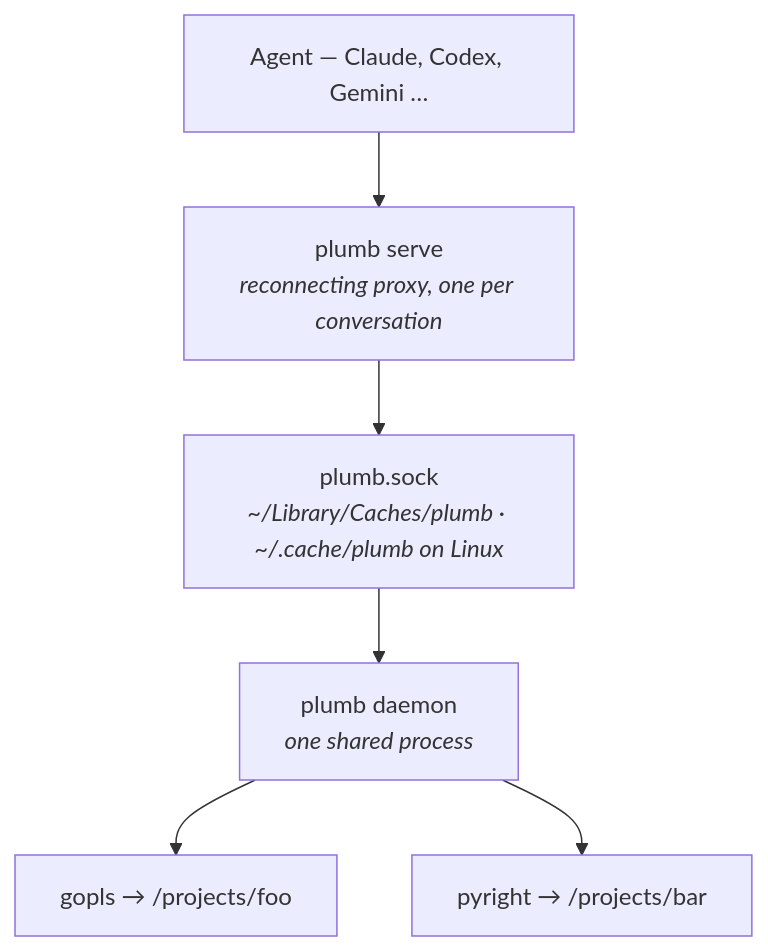
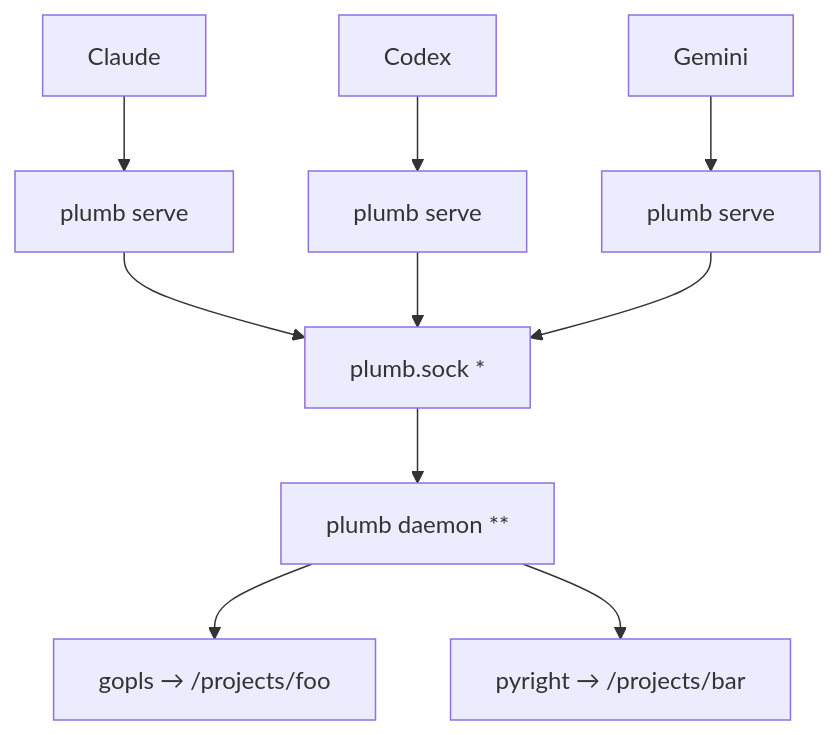
Before and after one commit to plumbkit/plumb: the diagram in README.md, drawn with Mermaid. The commit also changed other lines of this file, not shown here.

Commit message:
docs(readme): simplify architecture diagram (multi-agent → shared daemon)

````diff
--- a/README.md
+++ b/README.md
@@ -121,8 +121,12 @@
 ```mermaid
 flowchart TD
-    A["Agent — Claude, Codex, Gemini …"] --> B["plumb serve<br/><i>reconnecting proxy, one per conversation</i>"]
-    B --> S["plumb.sock<br/><i>~/Library/Caches/plumb · ~/.cache/plumb on Linux</i>"]
-    S --> D["plumb daemon<br/><i>one shared process</i>"]
+    A1["Claude"] --> S1["plumb serve"]
+    A2["Codex"] --> S2["plumb serve"]
+    A3["Gemini"] --> S3["plumb serve"]
+    S1 --> K["plumb.sock *"]
+    S2 --> K
+    S3 --> K
+    K --> D["plumb daemon **"]
     D --> G["gopls → /projects/foo"]
     D --> P["pyright → /projects/bar"]
 ```
````
